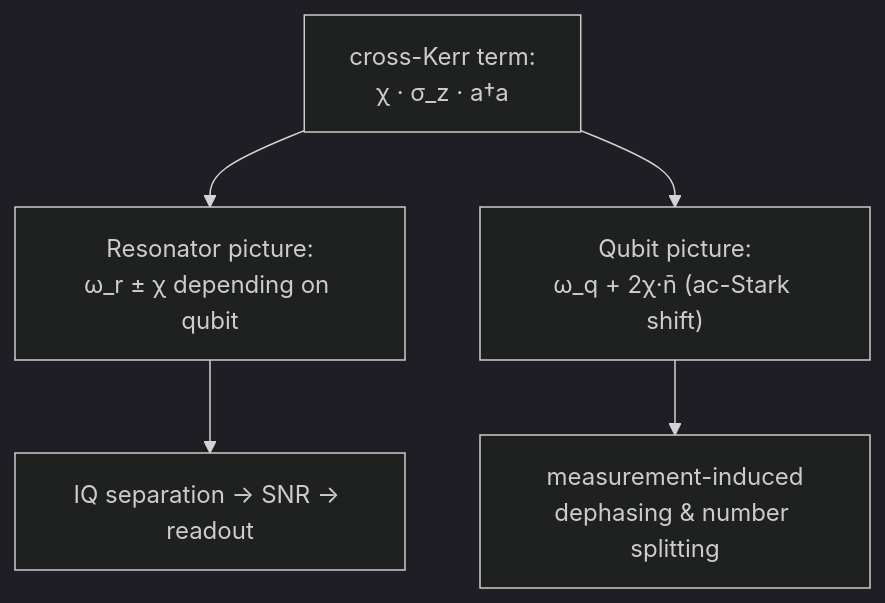
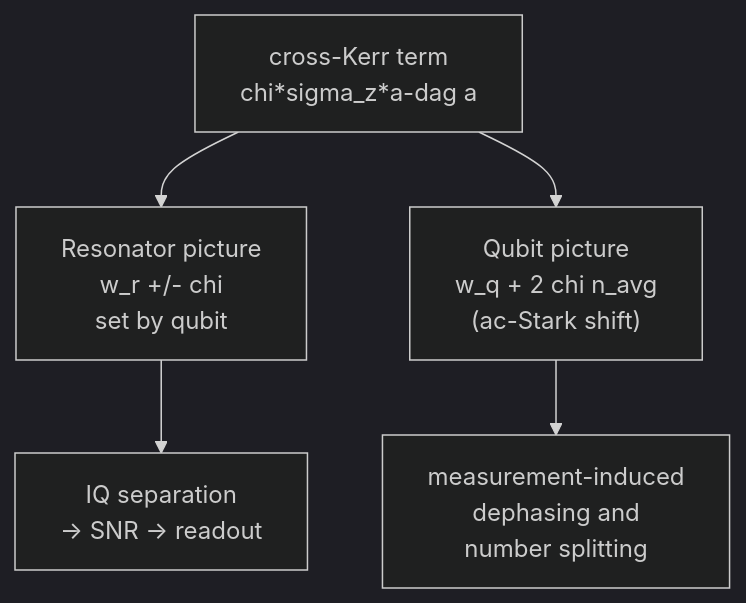
One commit to Iamsohungrynow/superconducting-qubits-journey changed the first of 2 diagrams in tutorial/06-readout.md. Above: the diagram before and after it, drawn with Mermaid (dark theme). The commit also changed other lines of this file and 11 other files, not shown here.

Commit message:
Rewrite Mermaid diagrams for clear GitHub rendering (TD layout, short labels)

````diff
--- a/tutorial/06-readout.md
+++ b/tutorial/06-readout.md
@@ -53,8 +53,8 @@
 ```mermaid
-flowchart TB
-    H["cross-Kerr term:<br/>χ · σ_z · a†a"]
-    H --> A["Resonator picture:<br/>ω_r ± χ depending on qubit"]
-    H --> B["Qubit picture:<br/>ω_q + 2χ·n̄ (ac-Stark shift)"]
-    A --> C["IQ separation → SNR → readout"]
-    B --> D["measurement-induced<br/>dephasing & number splitting"]
+flowchart TD
+    H["cross-Kerr term<br/>chi*sigma_z*a-dag a"]
+    H --> A["Resonator picture<br/>w_r +/- chi<br/>set by qubit"]
+    H --> B["Qubit picture<br/>w_q + 2 chi n_avg<br/>(ac-Stark shift)"]
+    A --> C["IQ separation<br/>-> SNR -> readout"]
+    B --> D["measurement-induced<br/>dephasing and<br/>number splitting"]
 ```
````
